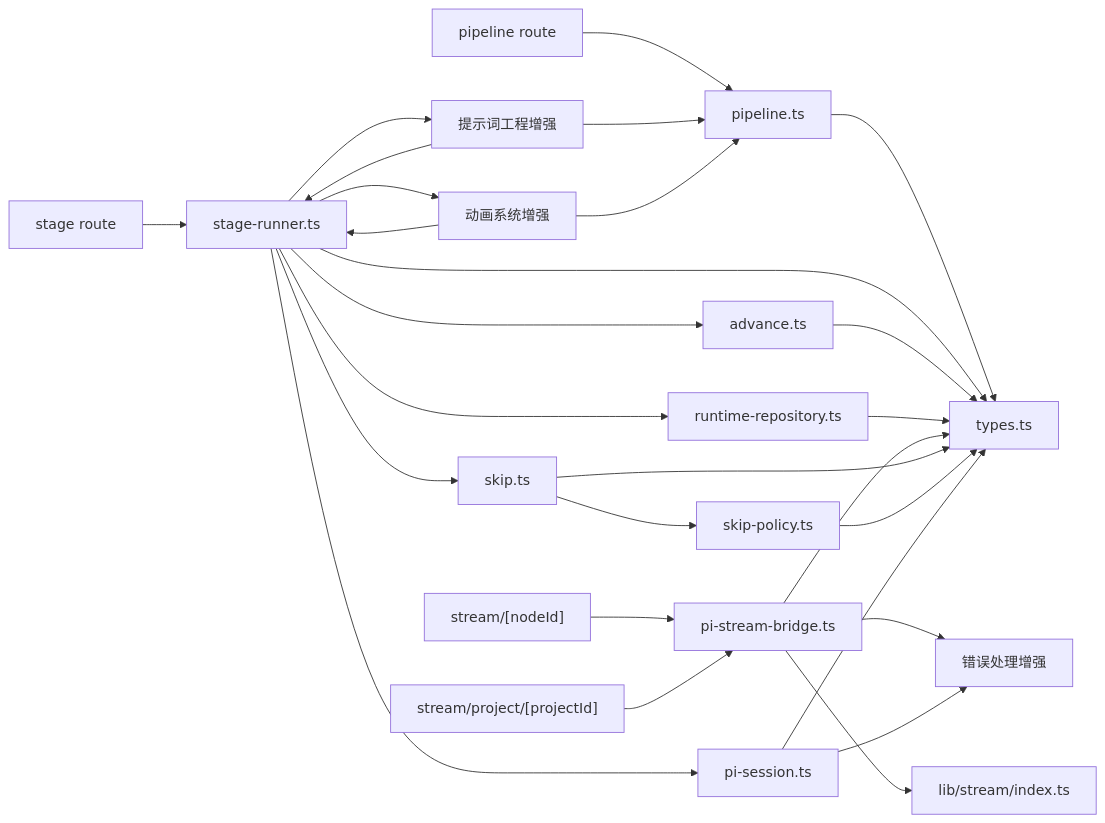
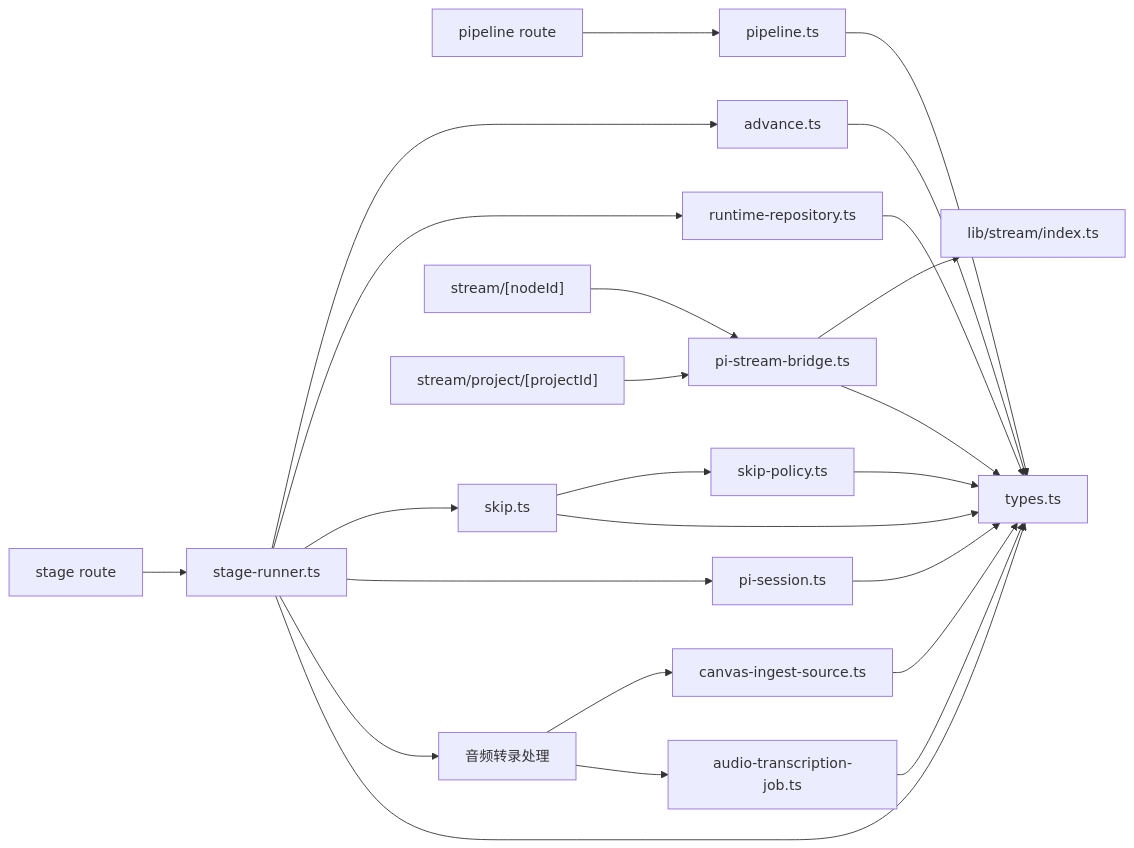
One commit to scottcwy/PurpleInk changed the eighth of 8 diagrams in .qoder/repowiki/zh/content/API参考/导演系统API/导演系统API.md. Above: the diagram before and after it, drawn with Mermaid. The commit also changed other lines of this file and 29 other files, not shown here.

````diff
--- a/.qoder/repowiki/zh/content/API参考/导演系统API/导演系统API.md
+++ b/.qoder/repowiki/zh/content/API参考/导演系统API/导演系统API.md
@@ -549,29 +506,26 @@
 ```mermaid
 graph LR
 Route_Pipeline["pipeline route"] --> Feature_Pipeline["pipeline.ts"]
 Route_Stage["stage route"] --> Feature_StageRunner["stage-runner.ts"]
 Feature_StageRunner --> Feature_Advance["advance.ts"]
 Feature_StageRunner --> Feature_RuntimeRepo["runtime-repository.ts"]
 Feature_StageRunner --> Feature_Skip["skip.ts"]
 Feature_StageRunner --> Feature_PiSession["pi-session.ts"]
-Feature_StageRunner --> Feature_PromptEng["提示词工程增强"]
-Feature_StageRunner --> Feature_Animation["动画系统增强"]
+Feature_StageRunner --> Feature_AudioTranscribe["音频转录处理"]
 Feature_Skip --> Feature_SkipPolicy["skip-policy.ts"]
 Route_Stream_Node["stream/[nodeId]"] --> Feature_StreamBridge["pi-stream-bridge.ts"]
 Route_Stream_Project["stream/project/[projectId]"] --> Feature_StreamBridge
 Feature_StreamBridge --> Lib_Stream["lib/stream/index.ts"]
-Feature_StreamBridge --> ErrorEnhancement["错误处理增强"]
-Feature_PiSession --> ErrorEnhancement
-Feature_PromptEng --> Feature_Pipeline
-Feature_PromptEng --> Feature_StageRunner
-Feature_Animation --> Feature_Pipeline
-Feature_Animation --> Feature_StageRunner
 Feature_Pipeline --> Feature_Types["types.ts"]
 Feature_StageRunner --> Feature_Types
 Feature_Advance --> Feature_Types
 Feature_RuntimeRepo --> Feature_Types
 Feature_StreamBridge --> Feature_Types
 Feature_Skip --> Feature_Types
 Feature_SkipPolicy --> Feature_Types
 Feature_PiSession --> Feature_Types
+Feature_AudioTranscribe --> Feature_CanvasIngest["canvas-ingest-source.ts"]
+Feature_AudioTranscribe --> Feature_AudioJob["audio-transcription-job.ts"]
+Feature_CanvasIngest --> Feature_Types
+Feature_AudioJob --> Feature_Types
 ```
````
